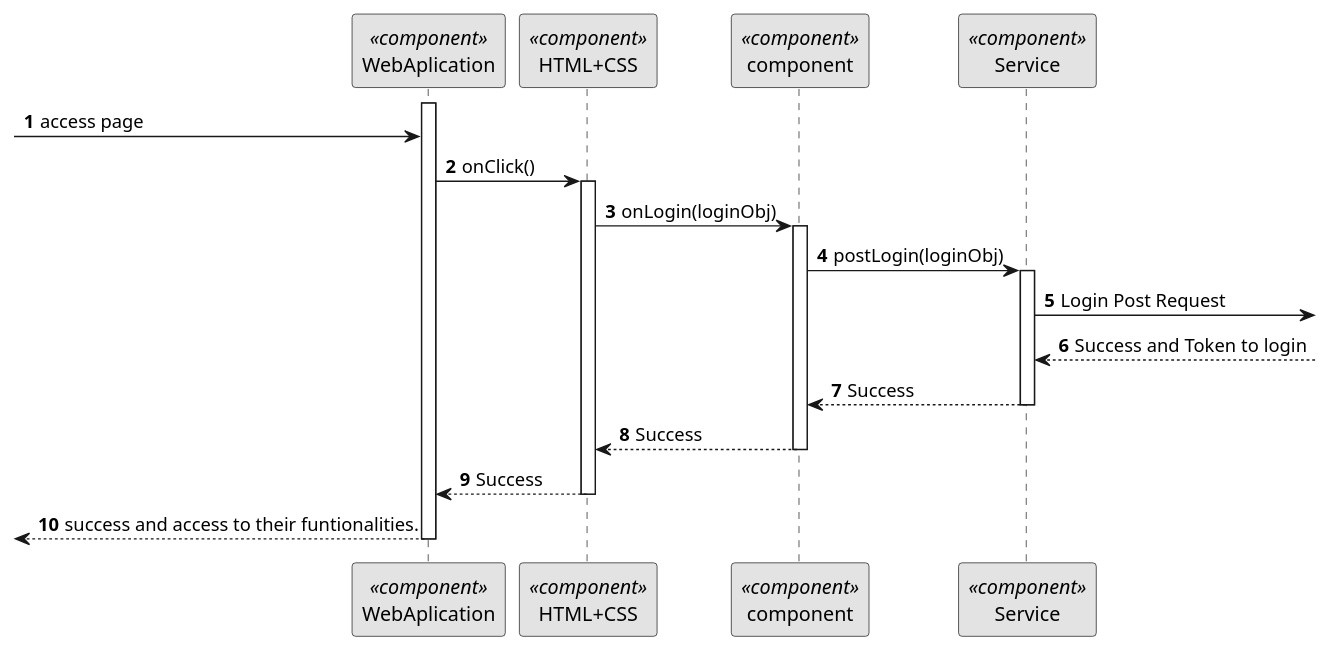
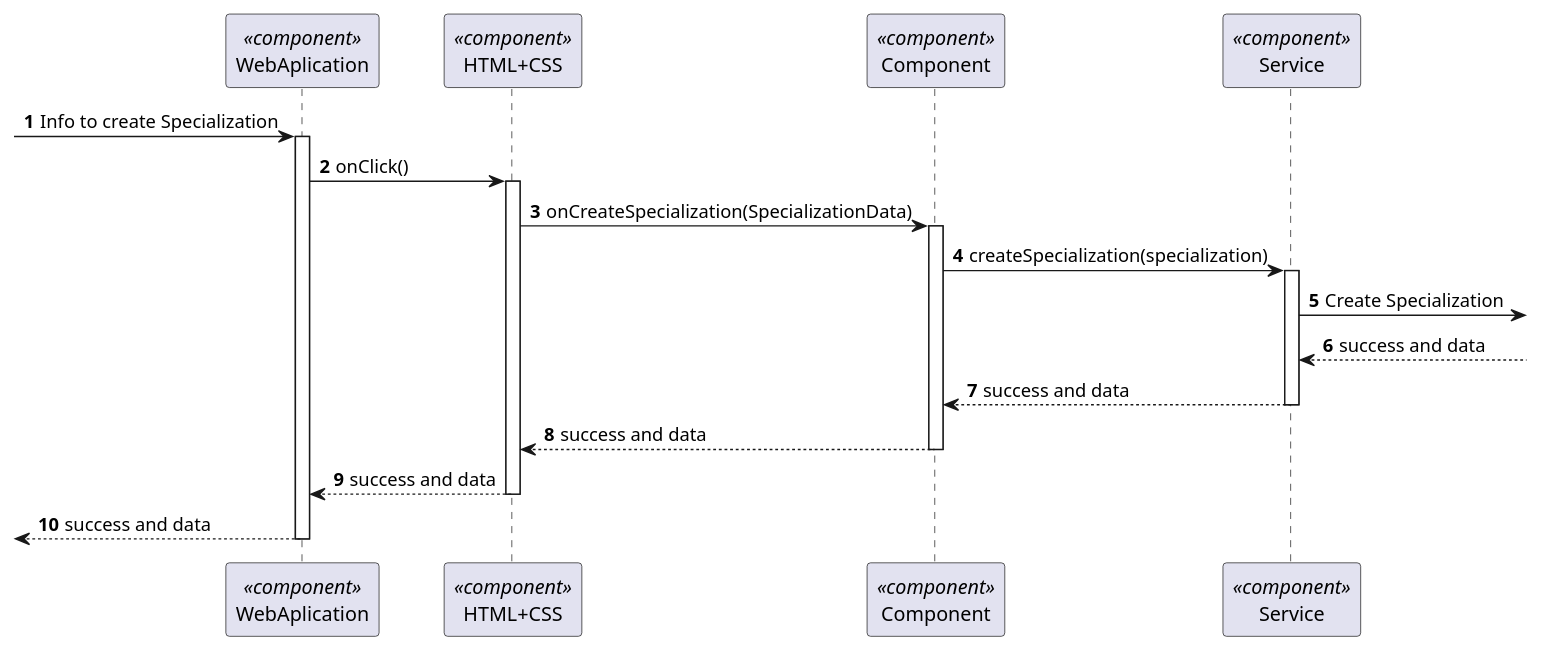
One commit to Ana-Miguel-Silva/SurgicalAppointmentAndResourceManagement changed the diagram in docs/BackofficeModule/7.2.11/sequence-diagram-3.puml. Above: the diagram before and after it, drawn with PlantUML. The commit also changed 36 other files, not shown here.

```diff
--- a/docs/BackofficeModule/7.2.11/sequence-diagram-3.puml
+++ b/docs/BackofficeModule/7.2.11/sequence-diagram-3.puml
@@ -1,54 +1,47 @@
-@startuml 5.1.1
-skinparam monochrome true
+@startuml 6.2.6
 skinparam packageStyle rectangle
 skinparam shadowing false
 
 autonumber
 
 participant "WebAplication" as FE <<component>>
 participant "HTML+CSS" as HT <<component>>
-participant "component" as CM <<component>>
+participant "Component" as CM <<component>>
 participant "Service" as SERV <<component>>
-
-
-activate FE
--> FE: access page
-
-FE -> HT : onClick()
-activate HT
-
-
-HT -> CM : onLogin(loginObj)
-
-activate CM
-
-CM -> SERV : postLogin(loginObj)
-
- activate SERV
-
-  SERV -> : Login Post Request
-
- SERV <-- : Success and Token to login
-
-SERV --> CM : Success
-
-
-deactivate SERV
-
-CM --> HT : Success
-deactivate CM
-
-
-
-HT --> FE : Success
-deactivate HT
-
-<--- FE : success and access to their funtionalities.
-
-deactivate FE
 
 
 
 
 
+-> FE : Info to create Specialization
+activate FE
+
+FE -> HT : onClick()
+activate HT
+
+HT -> CM : onCreateSpecialization(SpecializationData)
+activate CM
+
+CM -> SERV : createSpecialization(specialization)
+activate SERV
+
+SERV -> : Create Specialization
+
+ SERV <--: success and data
+
+
+ SERV--> CM : success and data
+
+deactivate  SERV
+
+ CM --> HT : success and data
+  deactivate CM
+ HT --> FE : success and data
+
+deactivate HT
+
+
+<-- FE   : success and data
+deactivate FE
+
 @enduml
```
